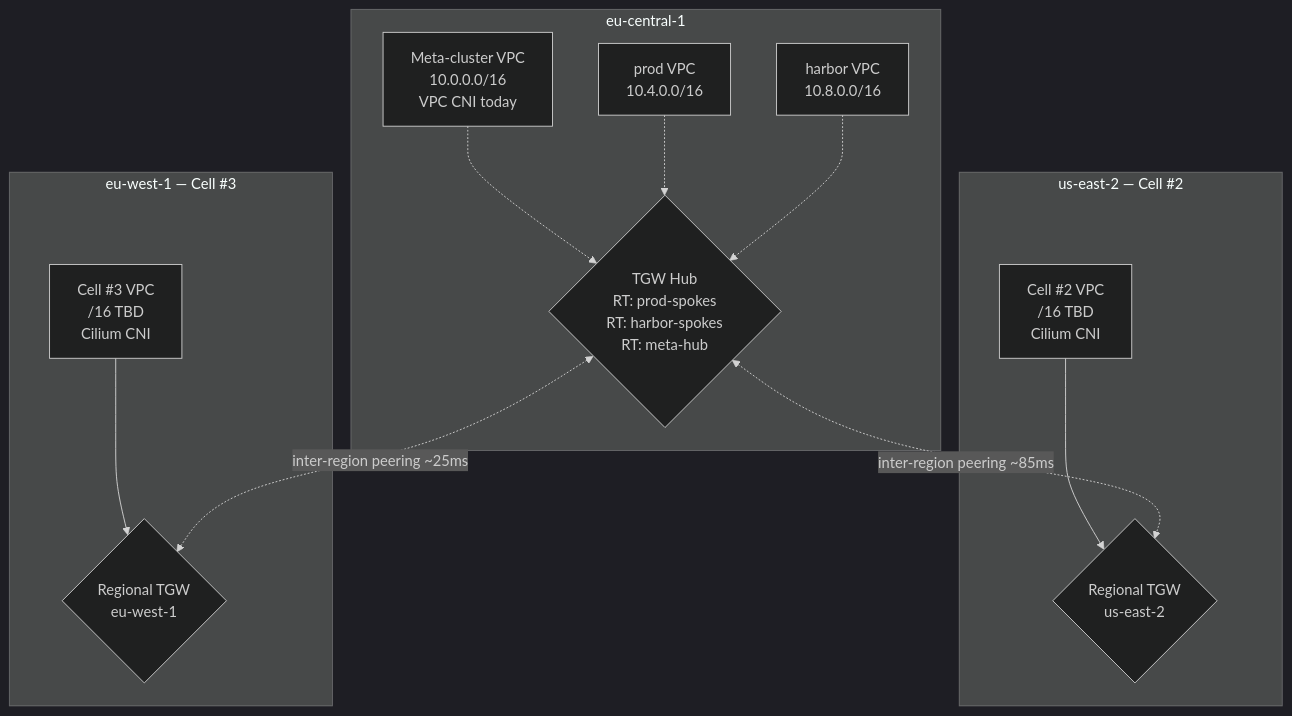
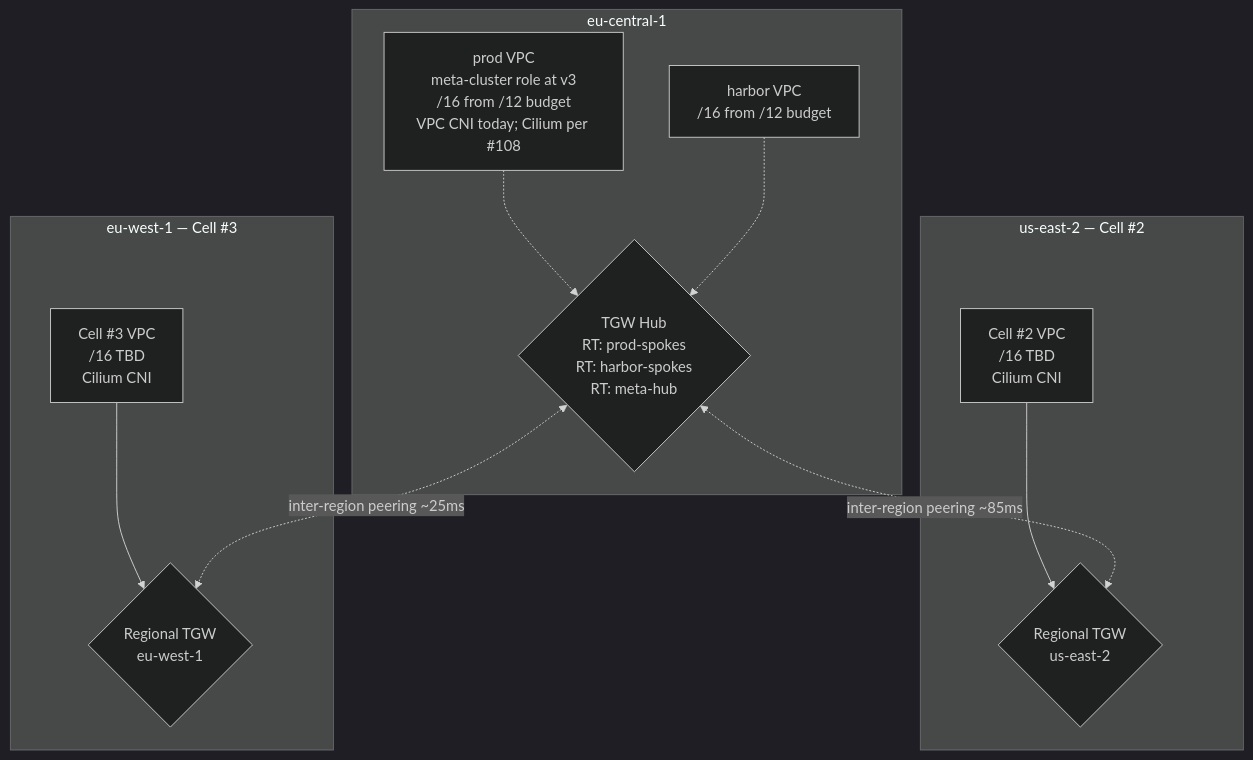
Before and after one commit to sei-protocol/sei-internal-skills: the third of 3 diagrams in design/high-level/meta-cluster-architecture.md, drawn with Mermaid (dark theme). The commit also changed other lines of this file, not shown here.

````diff
--- a/design/high-level/meta-cluster-architecture.md
+++ b/design/high-level/meta-cluster-architecture.md
@@ -228,27 +228,25 @@
 ```mermaid
 graph TB
     subgraph Hub[eu-central-1]
-        MetaVPC[Meta-cluster VPC<br/>10.0.0.0/16<br/>VPC CNI today]
+        ProdVPC[prod VPC<br/>meta-cluster role at v3<br/>/16 from /12 budget<br/>VPC CNI today; Cilium per #108]
         TGW{TGW Hub<br/>RT: prod-spokes<br/>RT: harbor-spokes<br/>RT: meta-hub}
-        ProdVPC[prod VPC<br/>10.4.0.0/16]
-        HarborVPC[harbor VPC<br/>10.8.0.0/16]
-        MetaVPC -.->TGW
+        HarborVPC[harbor VPC<br/>/16 from /12 budget]
         ProdVPC -.->TGW
         HarborVPC -.->TGW
     end
 
     subgraph CellRegion1[us-east-2 — Cell #2]
         Cell2VPC[Cell #2 VPC<br/>/16 TBD<br/>Cilium CNI]
         Cell2TGW{Regional TGW<br/>us-east-2}
         Cell2VPC --> Cell2TGW
     end
 
     subgraph CellRegion2[eu-west-1 — Cell #3]
         Cell3VPC[Cell #3 VPC<br/>/16 TBD<br/>Cilium CNI]
         Cell3TGW{Regional TGW<br/>eu-west-1}
         Cell3VPC --> Cell3TGW
     end
 
     TGW <-.inter-region peering ~85ms.-> Cell2TGW
     TGW <-.inter-region peering ~25ms.-> Cell3TGW
 ```
````
